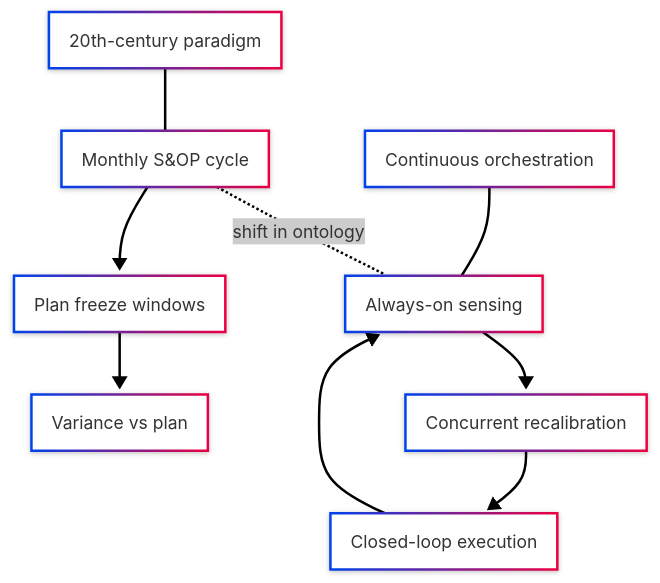
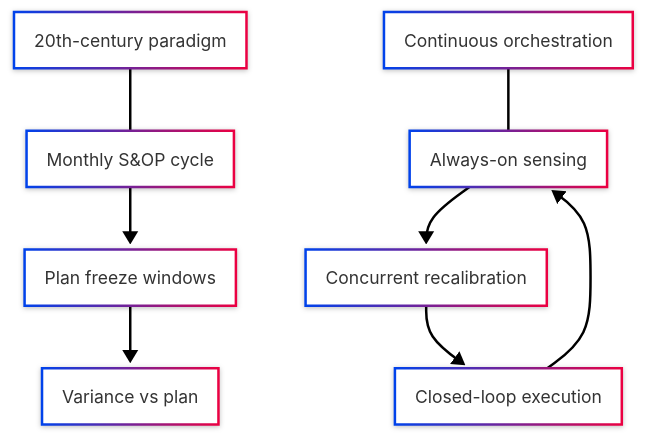
One commit to antomon/antomon.github.io changed the first of 8 diagrams in posts/from-planning-to-orchestration-reimagining-enterprise-beyond-S&OP/index.qmd. Above: the diagram before and after it, drawn with Mermaid. The commit also changed 4 other files, not shown here.

````diff
--- a/posts/from-planning-to-orchestration-reimagining-enterprise-beyond-S&OP/index.qmd
+++ b/posts/from-planning-to-orchestration-reimagining-enterprise-beyond-S&OP/index.qmd
@@ -50,29 +50,22 @@
 ```{mermaid}
 %%| label: s&op-to-orchestration
 %%| fig-cap: From periodic S&OP to continuous orchestration
 %%| fig-alt: Comparison of calendar-bound planning vs continuous, signal-driven orchestration
 %%| fig-align: "center"
 %%{init: {"theme": "neo", "look": "neo"}}%%
 
 flowchart TD
-  %% Headers
   H1["20th-century paradigm"]
   H2["Continuous orchestration"]
-
-  %% Left column (classic)
   A1["Monthly S&OP cycle"]
   A2["Plan freeze windows"]
   A3["Variance vs plan"]
-
-  %% Right column (modern)
   B1["Always-on sensing"]
   B2["Concurrent recalibration"]
   B3["Closed-loop execution"]
 
-  %% Keep columns aligned using invisible links
   H1 --- A1 --> A2 --> A3
   H2 --- B1 --> B2 --> B3 --> B1
 
-  %% Bridge (dotted, labelled)
-  A1 -. "shift in ontology" .- B1
+
 ```
````
